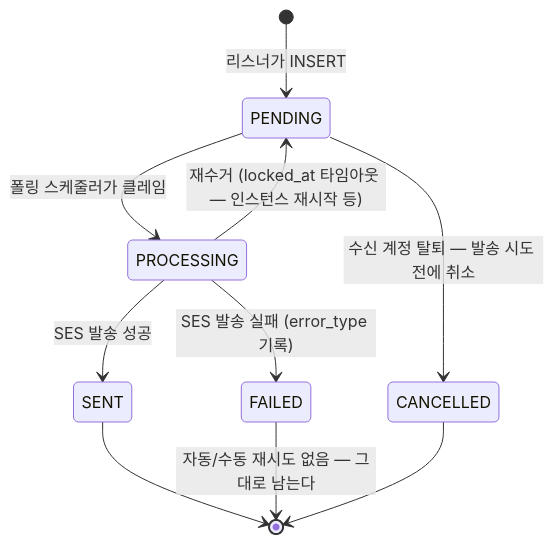
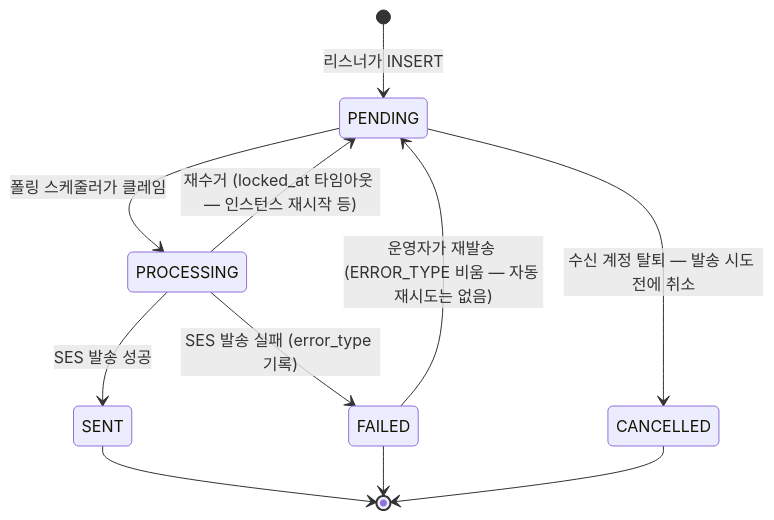
The second of 2 diagrams in specs/notification/spec.md (StudyClub-PlusPlus/studyclub-engineering), drawn with Mermaid before and after one commit. The commit also changed other lines of this file and 4 other files, not shown here.

````diff
--- a/specs/notification/spec.md
+++ b/specs/notification/spec.md
@@ -200,12 +203,13 @@
 ```mermaid
 stateDiagram-v2
     [*] --> PENDING : 리스너가 INSERT
     PENDING --> PROCESSING : 폴링 스케줄러가 클레임
     PROCESSING --> SENT : SES 발송 성공
     PROCESSING --> FAILED : SES 발송 실패 (error_type 기록)
     PROCESSING --> PENDING : 재수거 (locked_at 타임아웃 — 인스턴스 재시작 등)
     PENDING --> CANCELLED : 수신 계정 탈퇴 — 발송 시도 전에 취소
     SENT --> [*]
-    FAILED --> [*] : 자동/수동 재시도 없음 — 그대로 남는다
+    FAILED --> PENDING : 운영자가 재발송 (ERROR_TYPE 비움 — 자동 재시도는 없음)
+    FAILED --> [*]
     CANCELLED --> [*]
 ```
````
